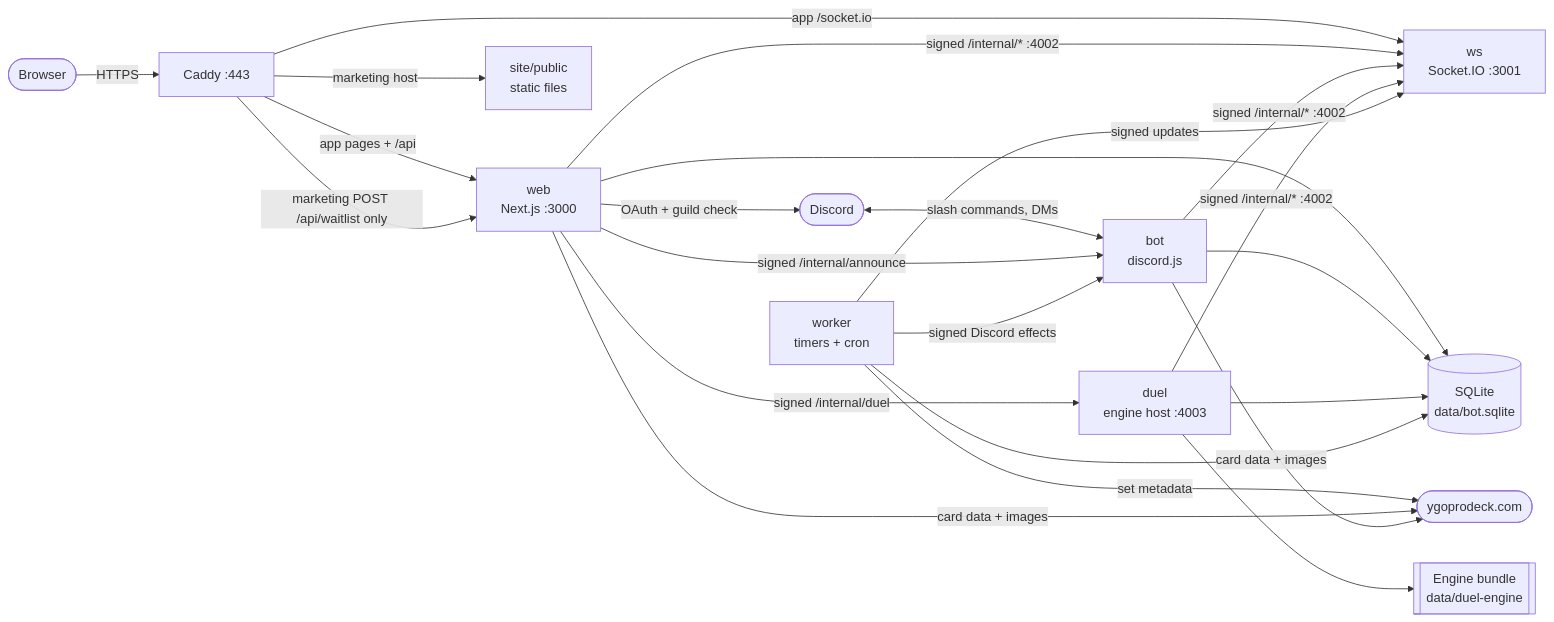
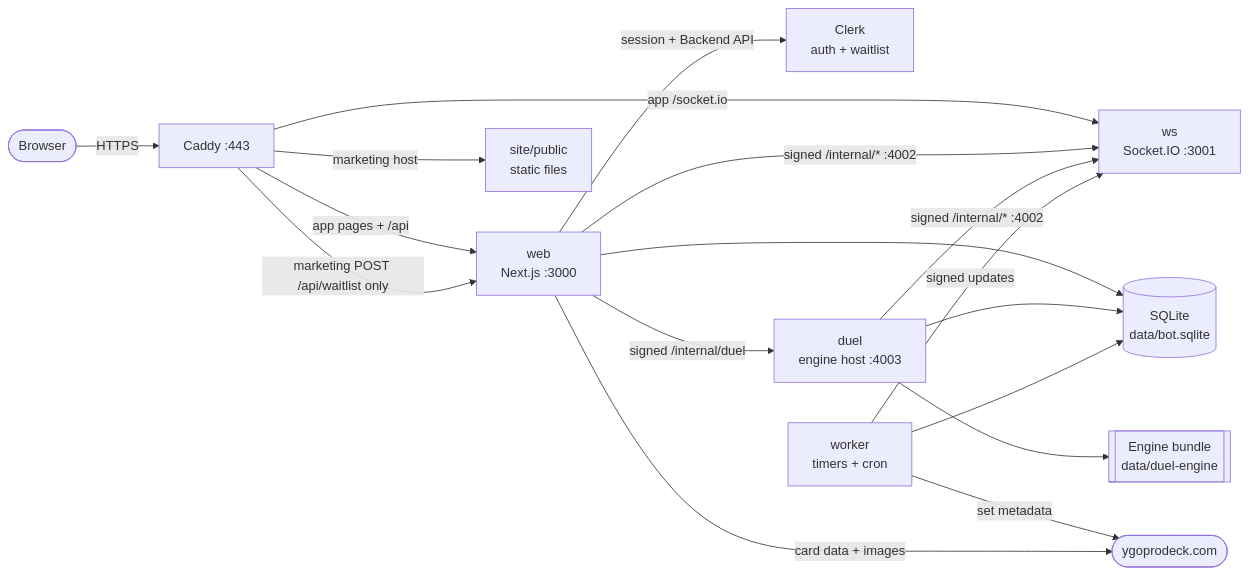
One commit to DuelingDomain/yugioh-bot changed the first of 4 diagrams in docs/architecture.md. Above: the diagram before and after it, drawn with Mermaid. The commit also changed other lines of this file and 18 other files, not shown here.

First line of the commit message:
chore(deploy): bot out of Compose, Clerk keys scoped, WS origin from WEB_URL

````diff
--- a/docs/architecture.md
+++ b/docs/architecture.md
@@ -7,20 +7,17 @@
 ```mermaid
 flowchart LR
   user([Browser]) -->|HTTPS| caddy[Caddy :443]
   caddy -->|app pages + /api| web[web<br/>Next.js :3000]
   caddy -->|app /socket.io| ws[ws<br/>Socket.IO :3001]
   caddy -->|marketing host| site[site/public<br/>static files]
   caddy -->|marketing POST /api/waitlist only| web
-  discord([Discord]) <-->|slash commands, DMs| bot[bot<br/>discord.js]
-  web -->|OAuth + guild check| discord
+  web -->|session + Backend API| clerk[Clerk<br/>auth + waitlist]
   web -->|signed /internal/duel| duel[duel<br/>engine host :4003]
-  web -->|signed /internal/announce| bot
-  web & bot & duel -->|signed /internal/* :4002| ws
-  web & bot & duel --> db[(SQLite<br/>data/bot.sqlite)]
+  web & duel -->|signed /internal/* :4002| ws
+  web & duel --> db[(SQLite<br/>data/bot.sqlite)]
   worker[worker<br/>timers + cron] --> db
   worker -->|signed updates| ws
-  worker -->|signed Discord effects| bot
   worker -->|set metadata| ygo
   duel --> bundle[[Engine bundle<br/>data/duel-engine]]
-  web & bot -->|card data + images| ygo([ygoprodeck.com])
+  web -->|card data + images| ygo([ygoprodeck.com])
 ```
````
